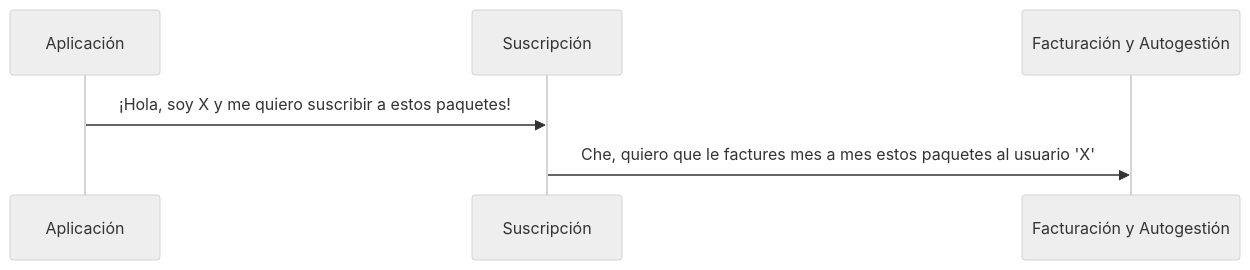
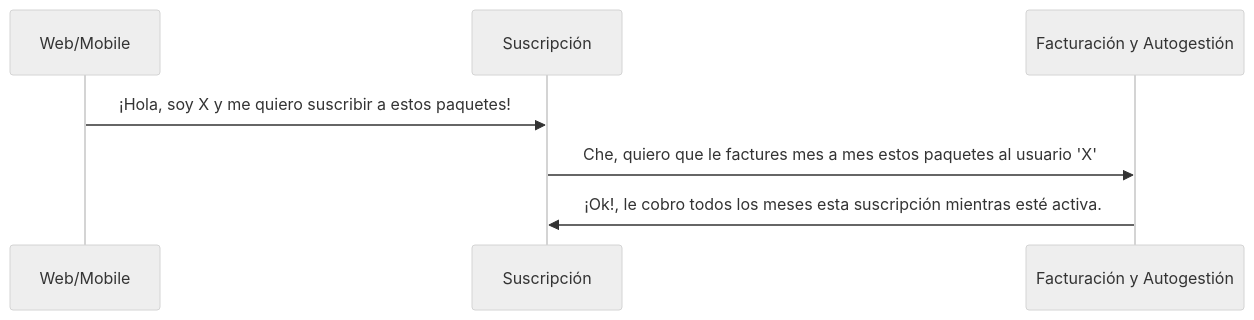
The first of 6 diagrams in README.md (LaggerP/facturacion-documentation), drawn with Mermaid (neutral theme) before and after one commit. The commit also changed other lines of this file and 5 other files, not shown here.

````diff
--- a/README.md
+++ b/README.md
@@ -13,8 +13,9 @@
 ```mermaid
 sequenceDiagram
-    participant A as Aplicación
+    participant A as Web/Mobile
     participant S as Suscripción
     participant F as Facturación y Autogestión
     A->>S: ¡Hola, soy X y me quiero suscribir a estos paquetes!
     S->>F: Che, quiero que le factures mes a mes estos paquetes al usuario 'X'
+    F->>S: ¡Ok!, le cobro todos los meses esta suscripción mientras esté activa.
 ```
````
